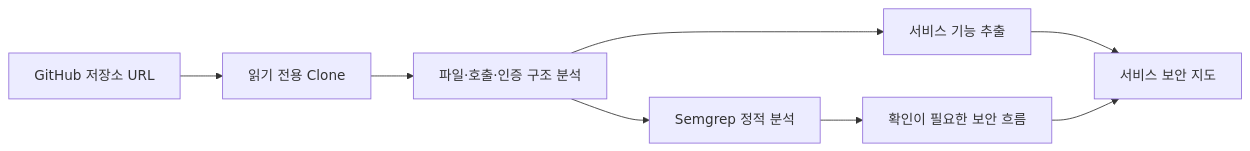
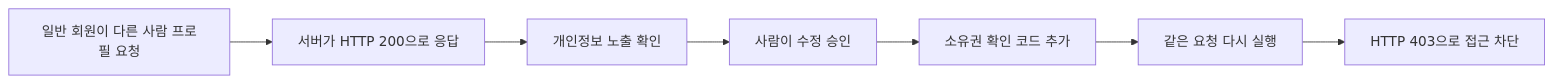
One commit to dlwldn4824/codex_community changed the third of 3 diagrams in README.md. Above: the diagram before and after it, drawn with Mermaid. The commit also changed other lines of this file and 8 other files, not shown here.

Commit message:
feat: visualize detailed repository security flows

````diff
--- a/README.md
+++ b/README.md
@@ -63,10 +38,9 @@
 ```mermaid
 flowchart LR
-  A[GitHub 저장소 URL] --> B[읽기 전용 Clone]
-  B --> C[파일·호출·인증 구조 분석]
-  C --> D[서비스 기능 추출]
-  C --> E[Semgrep 정적 분석]
-  D --> F[서비스 보안 지도]
-  E --> G[확인이 필요한 보안 흐름]
-  G --> F
+  A[일반 회원이 다른 사람 프로필 요청] --> B[서버가 HTTP 200으로 응답]
+  B --> C[개인정보 노출 확인]
+  C --> D[사람이 수정 승인]
+  D --> E[소유권 확인 코드 추가]
+  E --> F[같은 요청 다시 실행]
+  F --> G[HTTP 403으로 접근 차단]
 ```
````
